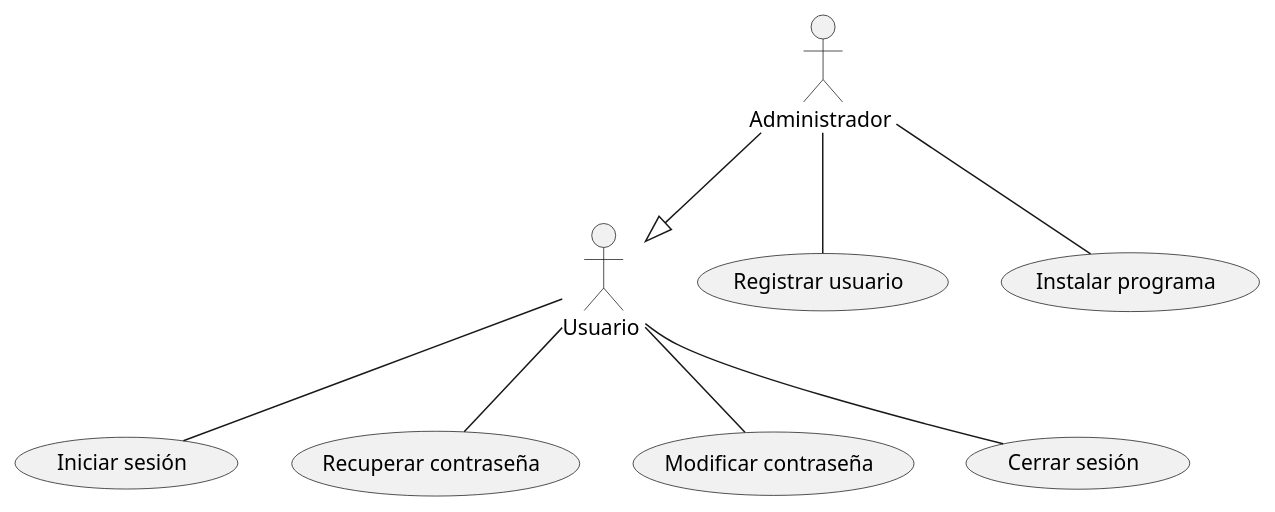
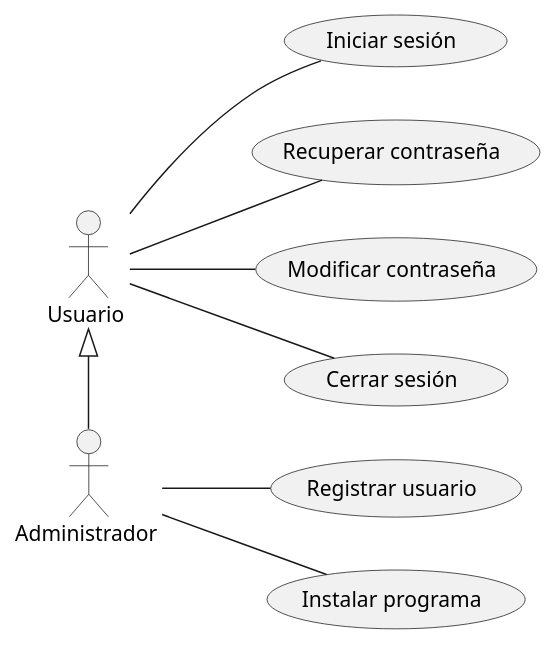
The diagram in src/CasosDeUso/UsuariosAdministradores.puml (M-pozo/UMLCasosDeUso_MiguelPozo), drawn with PlantUML before and after one commit.

Commit message:
Caso Mejorado (Usuario y administradores)

```diff
--- a/src/CasosDeUso/UsuariosAdministradores.puml
+++ b/src/CasosDeUso/UsuariosAdministradores.puml
@@ -1,23 +1,25 @@
 @startuml
 
+left to right direction
+:Administrador : as A2
+
+usecase "Registrar usuario" as UC5
+usecase "Instalar programa" as UC6
+
+A2 -- UC5
+A2 -- UC6
+
 :Usuario : as A1
-:Administrador : as A2
 
 usecase "Iniciar sesión" as UC1
 usecase "Recuperar contraseña" as UC2
 usecase "Modificar contraseña" as UC3
 usecase "Cerrar sesión" as UC4
-usecase "Registrar usuario" as UC5
-usecase "Instalar programa" as UC6
-
+A1 <|- A2
 A1 -- UC1
 A1 -- UC2
 A1 -- UC3
 A1 -- UC4
 
-A2 --|> A1
-
-A2 -- UC5
-A2 -- UC6
 
 @enduml
```
